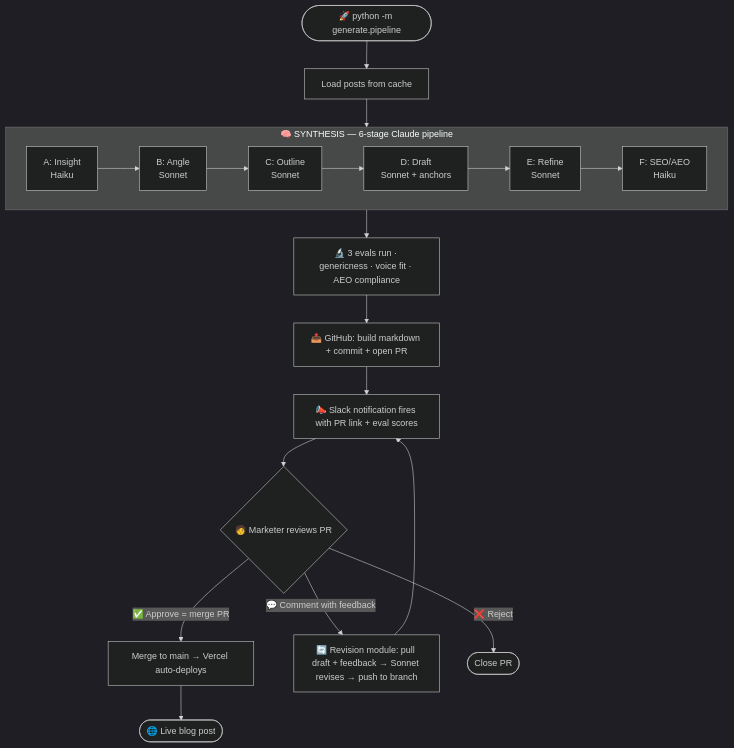
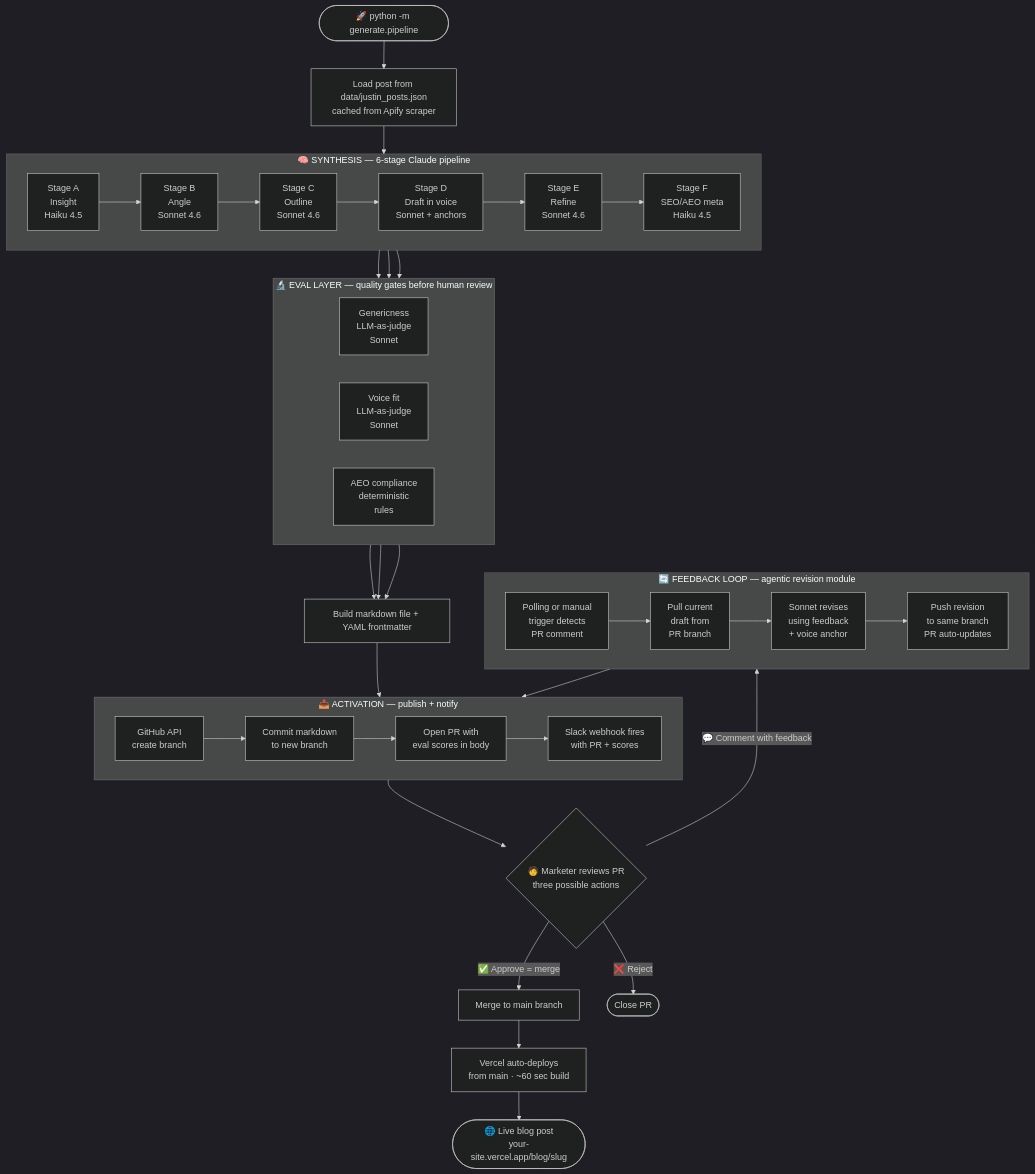
Before and after one commit to malhotrariyana-wq/terret-content-workflow: the diagram in README.md, drawn with Mermaid (dark theme). The commit also changed other lines of this file, not shown here.

Commit message:
Balanced flowchart layout — horizontal subgraphs, preserved detail

````diff
--- a/README.md
+++ b/README.md
@@ -30,23 +30,49 @@
 ```mermaid
 flowchart TD
-    A([🚀 python -m generate.pipeline]) --> B[Load posts from cache]
+    A([🚀 python -m generate.pipeline]) --> B[Load post from data/justin_posts.json<br/>cached from Apify scraper]
 
     subgraph SYNTHESIS["🧠 SYNTHESIS — 6-stage Claude pipeline"]
         direction LR
-        SA[A: Insight<br/>Haiku] --> SB[B: Angle<br/>Sonnet] --> SC[C: Outline<br/>Sonnet] --> SD[D: Draft<br/>Sonnet + anchors] --> SE[E: Refine<br/>Sonnet] --> SF[F: SEO/AEO<br/>Haiku]
+        SA[Stage A<br/>Insight<br/>Haiku 4.5] --> SB[Stage B<br/>Angle<br/>Sonnet 4.6] --> SC[Stage C<br/>Outline<br/>Sonnet 4.6] --> SD[Stage D<br/>Draft in voice<br/>Sonnet + anchors] --> SE[Stage E<br/>Refine<br/>Sonnet 4.6] --> SF[Stage F<br/>SEO/AEO meta<br/>Haiku 4.5]
     end
 
     B --> SA
-    SF --> EVAL[🔬 3 evals run · genericness · voice fit · AEO compliance]
-    EVAL --> PUB[📤 GitHub: build markdown + commit + open PR]
-    PUB --> SLK[📣 Slack notification fires with PR link + eval scores]
 
-    SLK --> R{🧑 Marketer reviews PR}
+    subgraph EVALS["🔬 EVAL LAYER — quality gates before human review"]
+        direction LR
+        EG[Genericness<br/>LLM-as-judge<br/>Sonnet]
+        EV[Voice fit<br/>LLM-as-judge<br/>Sonnet]
+        EA[AEO compliance<br/>deterministic<br/>rules]
+    end
 
-    R -->|✅ Approve = merge PR| MERGE[Merge to main → Vercel auto-deploys]
-    R -->|💬 Comment with feedback| FB[🔄 Revision module: pull draft + feedback → Sonnet revises → push to branch]
+    SF --> EG
+    SF --> EV
+    SF --> EA
+
+    EG --> M[Build markdown file + YAML frontmatter]
+    EV --> M
+    EA --> M
+
+    subgraph PUBLISH["📤 ACTIVATION — publish + notify"]
+        direction LR
+        P1[GitHub API<br/>create branch] --> P2[Commit markdown<br/>to new branch] --> P3[Open PR with<br/>eval scores in body] --> P4[Slack webhook fires<br/>with PR + scores]
+    end
+
+    M --> P1
+
+    P4 --> R{🧑 Marketer reviews PR<br/>three possible actions}
+
+    R -->|✅ Approve = merge| MERGE[Merge to main branch]
     R -->|❌ Reject| END1([Close PR])
+    R -->|💬 Comment with feedback| FB1
 
-    FB --> SLK
-    MERGE --> LIVE([🌐 Live blog post])
+    subgraph FEEDBACK["🔄 FEEDBACK LOOP — agentic revision module"]
+        direction LR
+        FB1[Polling or manual<br/>trigger detects<br/>PR comment] --> FB2[Pull current<br/>draft from<br/>PR branch] --> FB3[Sonnet revises<br/>using feedback<br/>+ voice anchor] --> FB4[Push revision<br/>to same branch<br/>PR auto-updates]
+    end
+
+    FB4 --> P4
+
+    MERGE --> V[Vercel auto-deploys<br/>from main · ~60 sec build]
+    V --> LIVE([🌐 Live blog post<br/>your-site.vercel.app/blog/slug])
 ```
````
